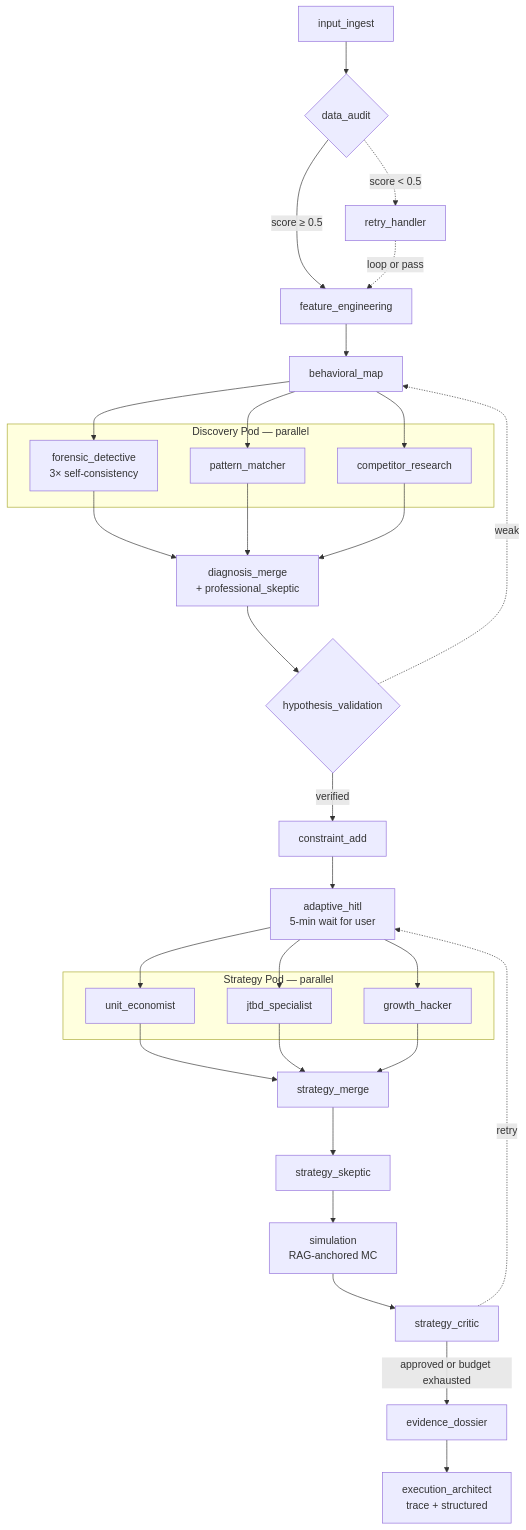
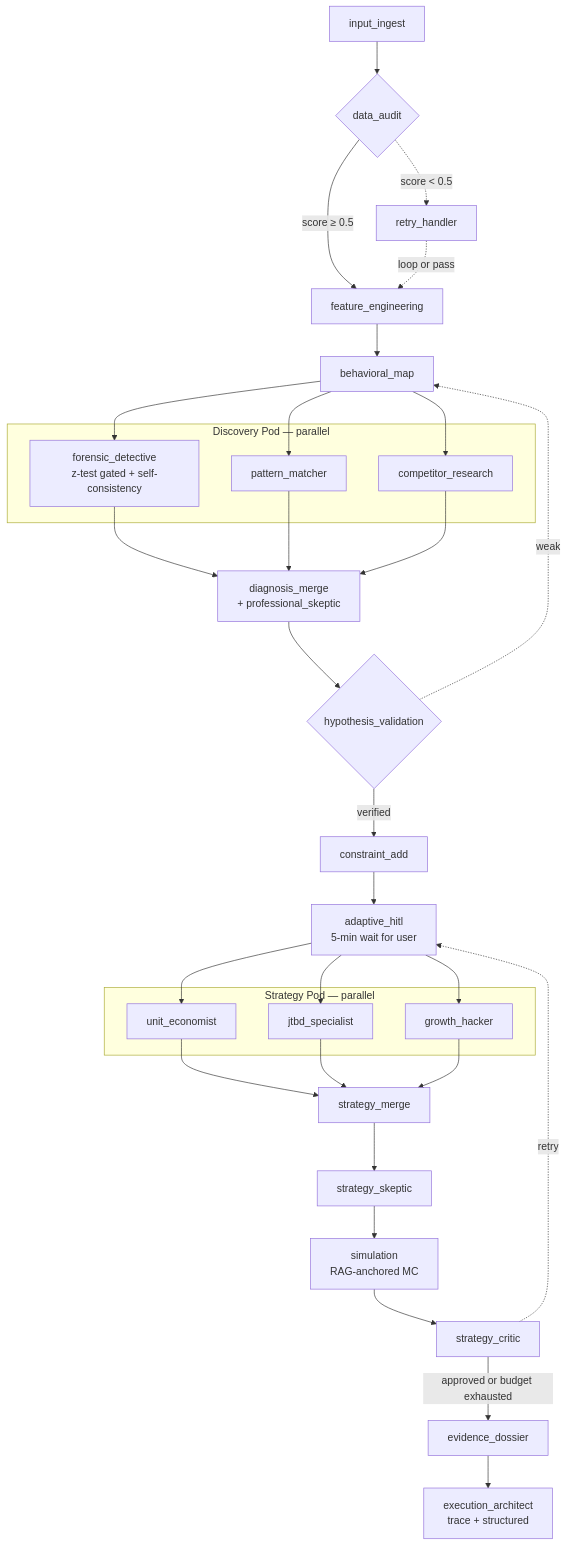
The diagram in docs/pipeline-overview.md (Abhayanthk/Retain_AI), drawn with Mermaid before and after one commit. The commit also changed other lines of this file and 26 other files, not shown here.

````diff
--- a/docs/pipeline-overview.md
+++ b/docs/pipeline-overview.md
@@ -86,52 +86,52 @@
 ```mermaid
 flowchart TD
     II[input_ingest]
     DA{data_audit}
     RH[retry_handler]
     FE[feature_engineering]
     BM[behavioral_map]
 
     II --> DA
     DA -->|score ≥ 0.5| FE
     DA -.->|score < 0.5| RH
     RH -.->|loop or pass| FE
     FE --> BM
 
     subgraph Disc [Discovery Pod — parallel]
-      FD[forensic_detective<br/>3× self-consistency]
+      FD[forensic_detective<br/>z-test gated + self-consistency]
       PM[pattern_matcher]
       CR[competitor_research]
     end
     BM --> FD & PM & CR
 
     DM[diagnosis_merge<br/>+ professional_skeptic]
     FD & PM & CR --> DM
 
     HV{hypothesis_validation}
     CA[constraint_add]
     HITL[adaptive_hitl<br/>5-min wait for user]
 
     DM --> HV
     HV -->|verified| CA
     HV -.->|weak| BM
     CA --> HITL
 
     subgraph Strat [Strategy Pod — parallel]
       UE[unit_economist]
       JTBD[jtbd_specialist]
       GH[growth_hacker]
     end
     HITL --> UE & JTBD & GH
     SM[strategy_merge]
     UE & JTBD & GH --> SM
 
     SK[strategy_skeptic]
     SIM[simulation<br/>RAG-anchored MC]
     SC[strategy_critic]
     ED[evidence_dossier]
     EA[execution_architect<br/>trace + structured]
 
     SM --> SK --> SIM --> SC
     SC -->|approved or budget exhausted| ED --> EA
     SC -.->|retry| HITL
 ```
````
